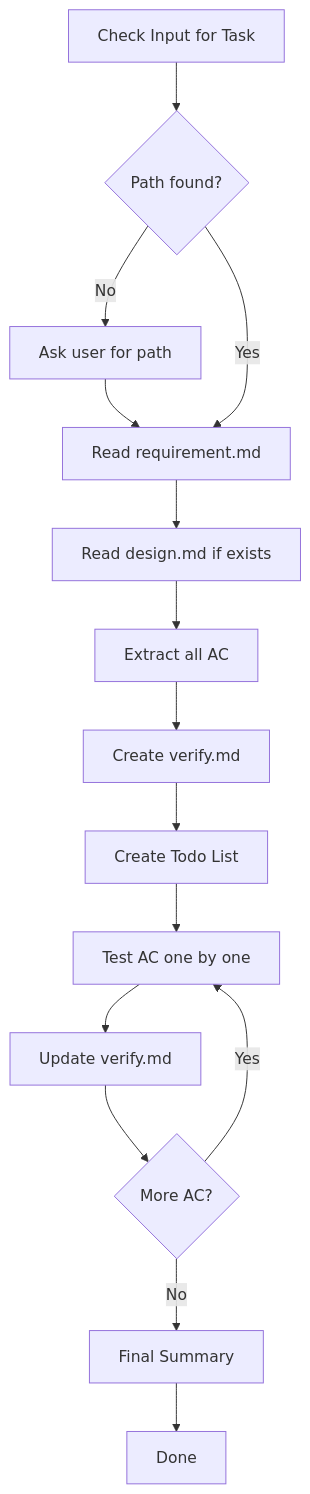
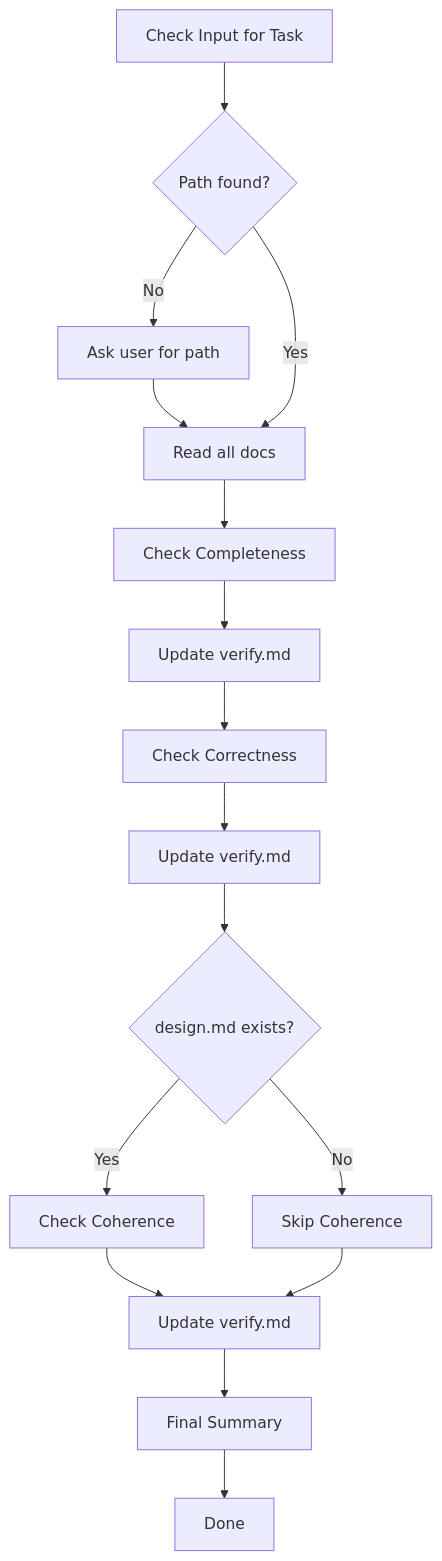
Before and after one commit to itsnamor/flower: the diagram in skills/flower-verify/SKILL.md, drawn with Mermaid. The commit also changed other lines of this file and 6 other files, not shown here.

First line of the commit message:
chore(skills): add flower-implement and flower-review skills

````diff
--- a/skills/flower-verify/SKILL.md
+++ b/skills/flower-verify/SKILL.md
@@ -12,20 +12,19 @@
 ```mermaid
 flowchart TD
     A[Check Input for Task] --> B{Path found?}
     B -->|No| C[Ask user for path]
-    C --> D[Read requirement.md]
+    C --> D[Read all docs]
     B -->|Yes| D
 
-    D --> E[Read design.md if exists]
-    E --> F[Extract all AC]
-    F --> G[Create verify.md]
-
-    G --> H[Create Todo List]
-    H --> I[Test AC one by one]
-    I --> J[Update verify.md]
-    J --> K{More AC?}
-
-    K -->|Yes| I
-    K -->|No| L[Final Summary]
-    L --> M[Done]
+    D --> E[Check Completeness]
+    E --> F[Update verify.md]
+    F --> G[Check Correctness]
+    G --> H[Update verify.md]
+    H --> I{design.md exists?}
+    I -->|Yes| J[Check Coherence]
+    I -->|No| K[Skip Coherence]
+    J --> L[Update verify.md]
+    K --> L
+    L --> M[Final Summary]
+    M --> N[Done]
 ```
````
